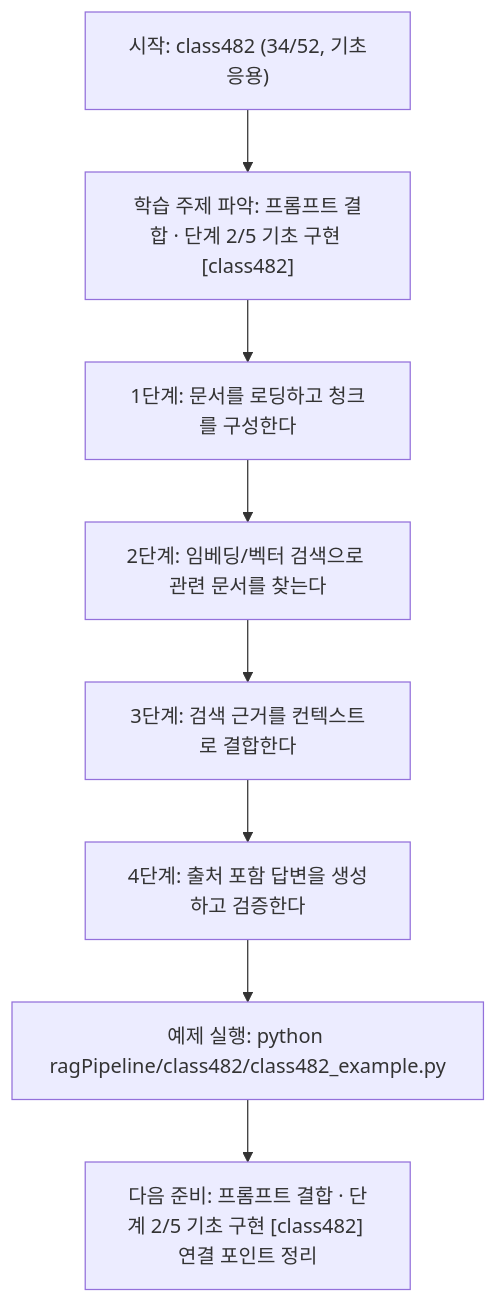
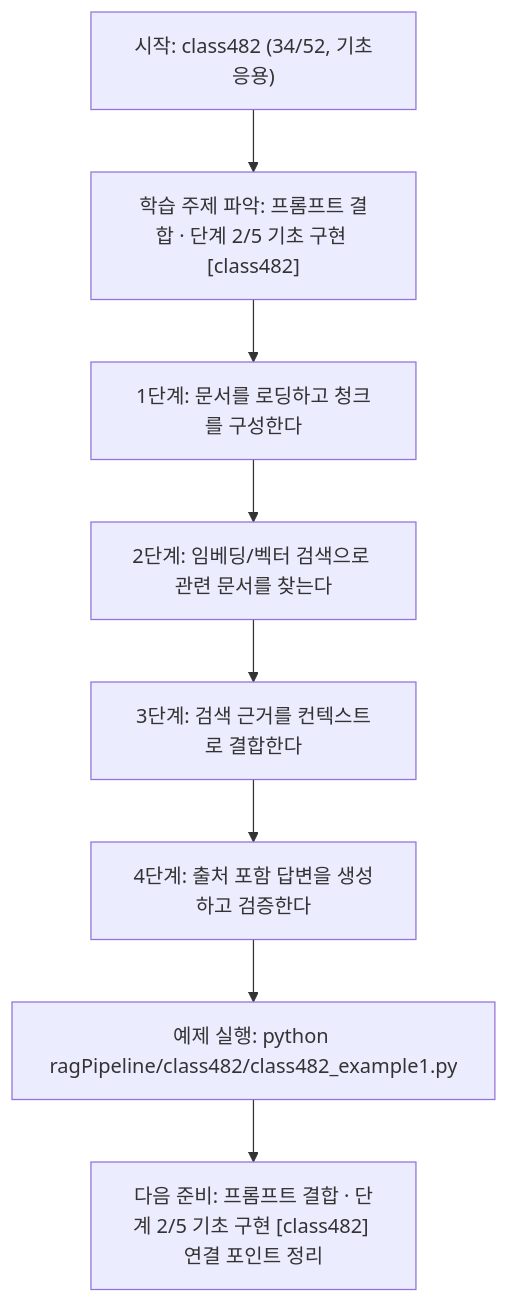
One commit to edumgt/Python-AI_Agent-Class changed the diagram in ragPipeline/class482/class482.md. Above: the diagram before and after it, drawn with Mermaid. The commit also changed other lines of this file and 2959 other files, not shown here.

````diff
--- a/ragPipeline/class482/class482.md
+++ b/ragPipeline/class482/class482.md
@@ -110,18 +110,18 @@
 ```mermaid
 flowchart TD
 N1["시작: class482 (34/52, 기초응용)"]
 N2["학습 주제 파악: 프롬프트 결합 · 단계 2/5 기초 구현 [class482]"]
 N3["1단계: 문서를 로딩하고 청크를 구성한다"]
 N4["2단계: 임베딩/벡터 검색으로 관련 문서를 찾는다"]
 N5["3단계: 검색 근거를 컨텍스트로 결합한다"]
 N6["4단계: 출처 포함 답변을 생성하고 검증한다"]
-N7["예제 실행: python ragPipeline/class482/class482_example.py"]
+N7["예제 실행: python ragPipeline/class482/class482_example1.py"]
 N8["다음 준비: 프롬프트 결합 · 단계 2/5 기초 구현 [class482] 연결 포인트 정리"]
 N1 --> N2
 N2 --> N3
 N3 --> N4
 N4 --> N5
 N5 --> N6
 N6 --> N7
 N7 --> N8
 ```
````
